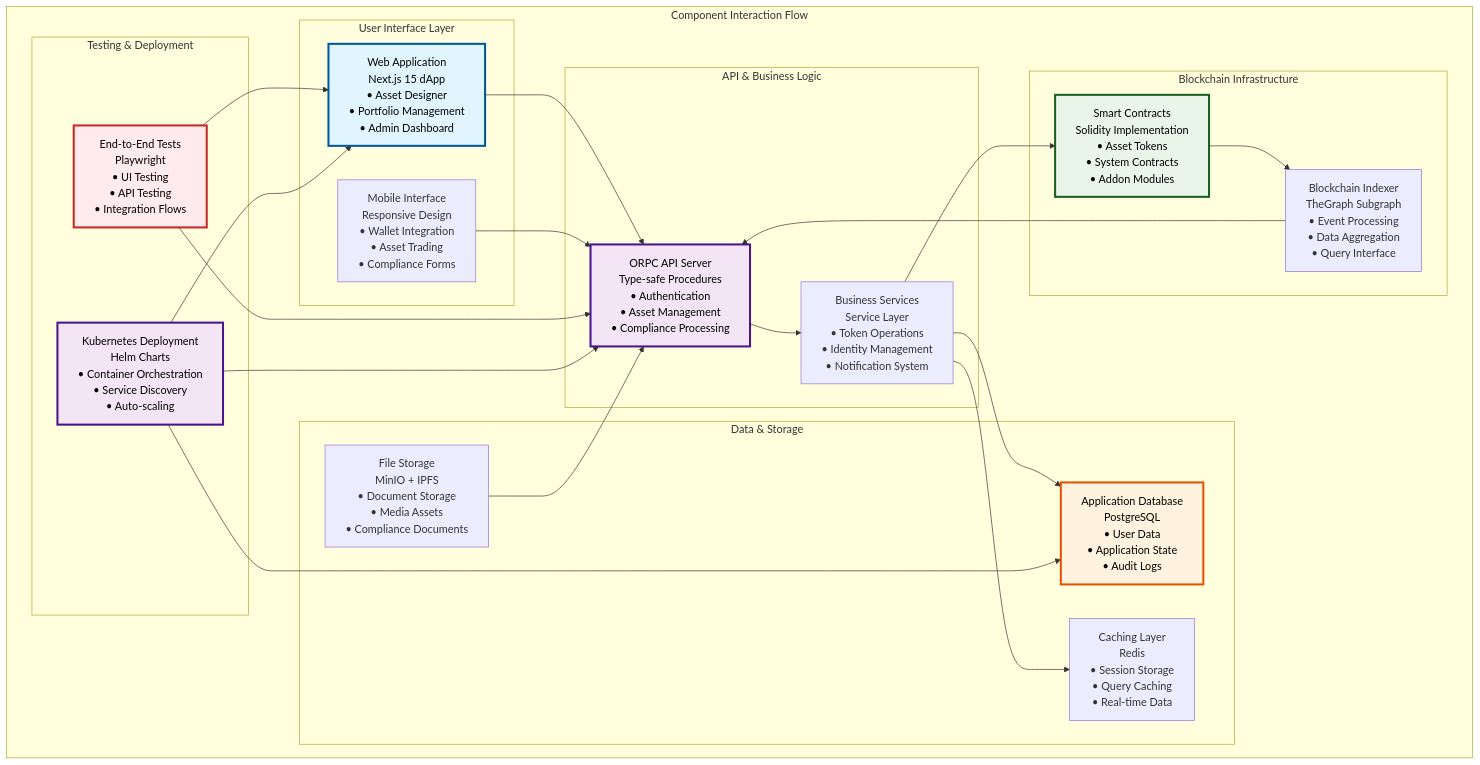
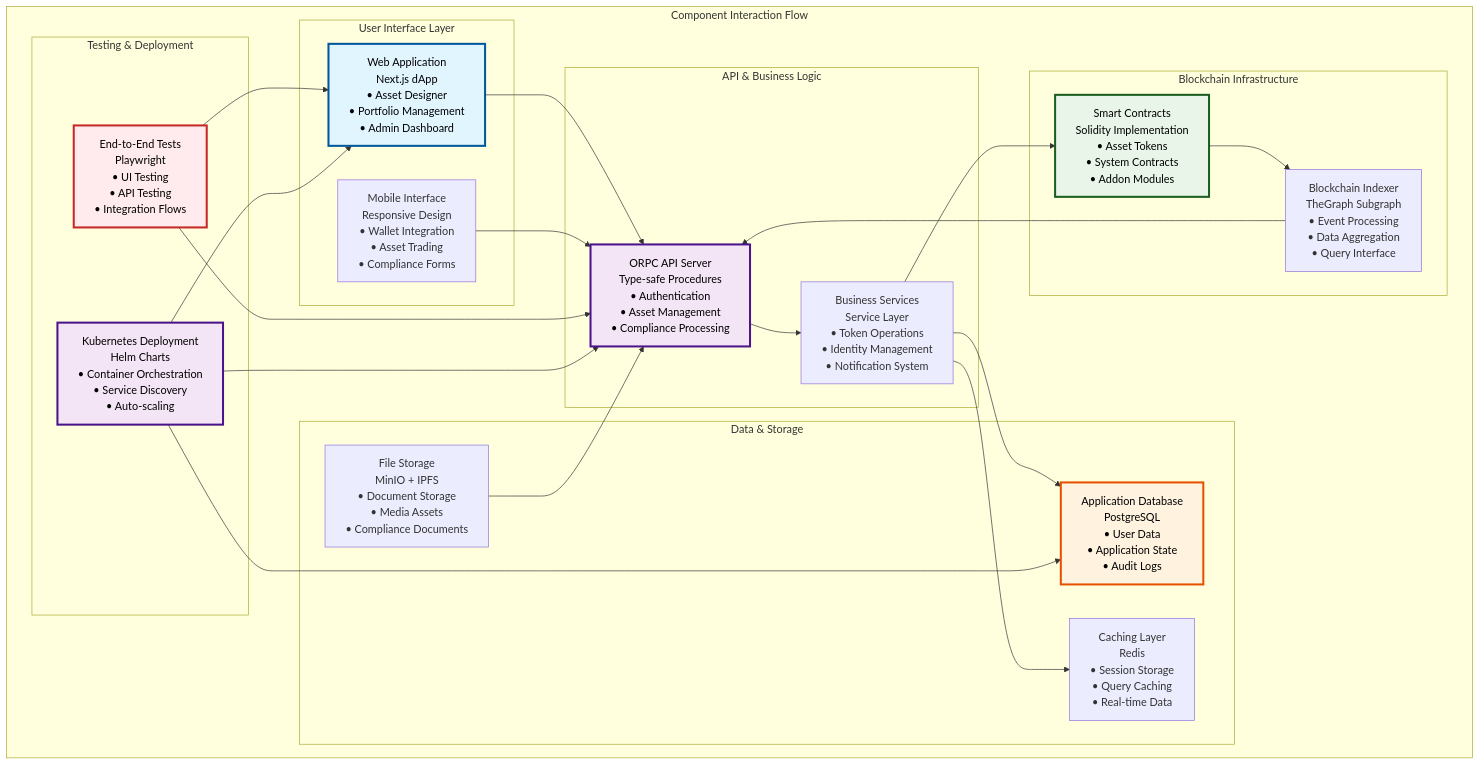
One commit to settlemint/asset-tokenization-kit changed the fourth of 10 diagrams in kit/docs/content/docs/01-system-overview.md. Above: the diagram before and after it, drawn with Mermaid. The commit also changed other lines of this file and 8 other files, not shown here.

````diff
--- a/kit/docs/content/docs/01-system-overview.md
+++ b/kit/docs/content/docs/01-system-overview.md
@@ -303,60 +315,60 @@
 ```mermaid
 graph TB
     subgraph "Component Interaction Flow"
         subgraph "User Interface Layer"
-            WebApp[Web Application<br/>Next.js 15 dApp<br/>• Asset Designer<br/>• Portfolio Management<br/>• Admin Dashboard]
-            
+            WebApp[Web Application<br/>Next.js dApp<br/>• Asset Designer<br/>• Portfolio Management<br/>• Admin Dashboard]
+
             Mobile[Mobile Interface<br/>Responsive Design<br/>• Wallet Integration<br/>• Asset Trading<br/>• Compliance Forms]
         end
-        
+
         subgraph "API & Business Logic"
             API[ORPC API Server<br/>Type-safe Procedures<br/>• Authentication<br/>• Asset Management<br/>• Compliance Processing]
-            
+
             Services[Business Services<br/>Service Layer<br/>• Token Operations<br/>• Identity Management<br/>• Notification System]
         end
-        
+
         subgraph "Blockchain Infrastructure"
             Contracts[Smart Contracts<br/>Solidity Implementation<br/>• Asset Tokens<br/>• System Contracts<br/>• Addon Modules]
-            
+
             Indexer[Blockchain Indexer<br/>TheGraph Subgraph<br/>• Event Processing<br/>• Data Aggregation<br/>• Query Interface]
         end
-        
+
         subgraph "Data & Storage"
             Database[Application Database<br/>PostgreSQL<br/>• User Data<br/>• Application State<br/>• Audit Logs]
-            
+
             Cache[Caching Layer<br/>Redis<br/>• Session Storage<br/>• Query Caching<br/>• Real-time Data]
-            
+
             Files[File Storage<br/>MinIO + IPFS<br/>• Document Storage<br/>• Media Assets<br/>• Compliance Documents]
         end
-        
+
         subgraph "Testing & Deployment"
             Tests[End-to-End Tests<br/>Playwright<br/>• UI Testing<br/>• API Testing<br/>• Integration Flows]
-            
+
             Deploy[Kubernetes Deployment<br/>Helm Charts<br/>• Container Orchestration<br/>• Service Discovery<br/>• Auto-scaling]
         end
     end
-    
+
     %% Component Interactions
     WebApp --> API
     Mobile --> API
     API --> Services
     Services --> Contracts
     Services --> Database
     Services --> Cache
     Contracts --> Indexer
     Indexer --> API
     Files --> API
     Tests --> WebApp
     Tests --> API
     Deploy --> WebApp
     Deploy --> API
     Deploy --> Database
-    
+
     %% Styling
     style WebApp fill:#e1f5fe,stroke:#01579b,color:#000000,stroke-width:3px
     style API fill:#f3e5f5,stroke:#4a148c,color:#000000,stroke-width:3px
     style Contracts fill:#e8f5e8,stroke:#1b5e20,color:#000000,stroke-width:3px
     style Database fill:#fff3e0,stroke:#e65100,color:#000000,stroke-width:3px
     style Tests fill:#ffebee,stroke:#c62828,color:#000000,stroke-width:3px
     style Deploy fill:#f3e5f5,stroke:#4a148c,color:#000000,stroke-width:3px
 ```
````
